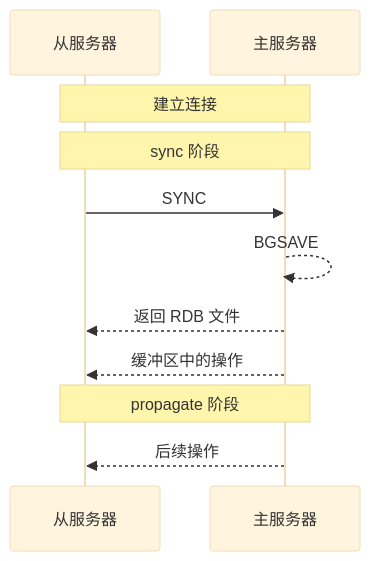
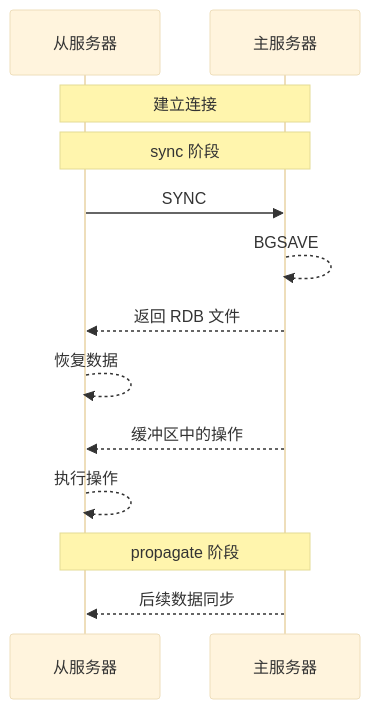
Before and after one commit to WCY-dt/blog: the second of 4 diagrams in _posts/2025-01-13-Redis高可用.md, drawn with Mermaid (base theme). The commit also changed other lines of this file and 5 other files, not shown here.

````diff
--- a/_posts/2025-01-13-Redis高可用.md
+++ b/_posts/2025-01-13-Redis高可用.md
@@ -58,13 +83,15 @@
 ```mermaid
 sequenceDiagram
     participant Slave as 从服务器
     participant Master as 主服务器
     Note over Slave,Master: 建立连接
     Note over Slave,Master: sync 阶段
     Slave->>Master: SYNC
     Master-->>Master: BGSAVE
     Master-->>Slave: 返回 RDB 文件
+    Slave-->>Slave: 恢复数据
     Master-->>Slave: 缓冲区中的操作
+    Slave-->>Slave: 执行操作
     Note over Slave,Master: propagate 阶段
-    Master-->>Slave: 后续操作
+    Master-->>Slave: 后续数据同步
 ```
````
